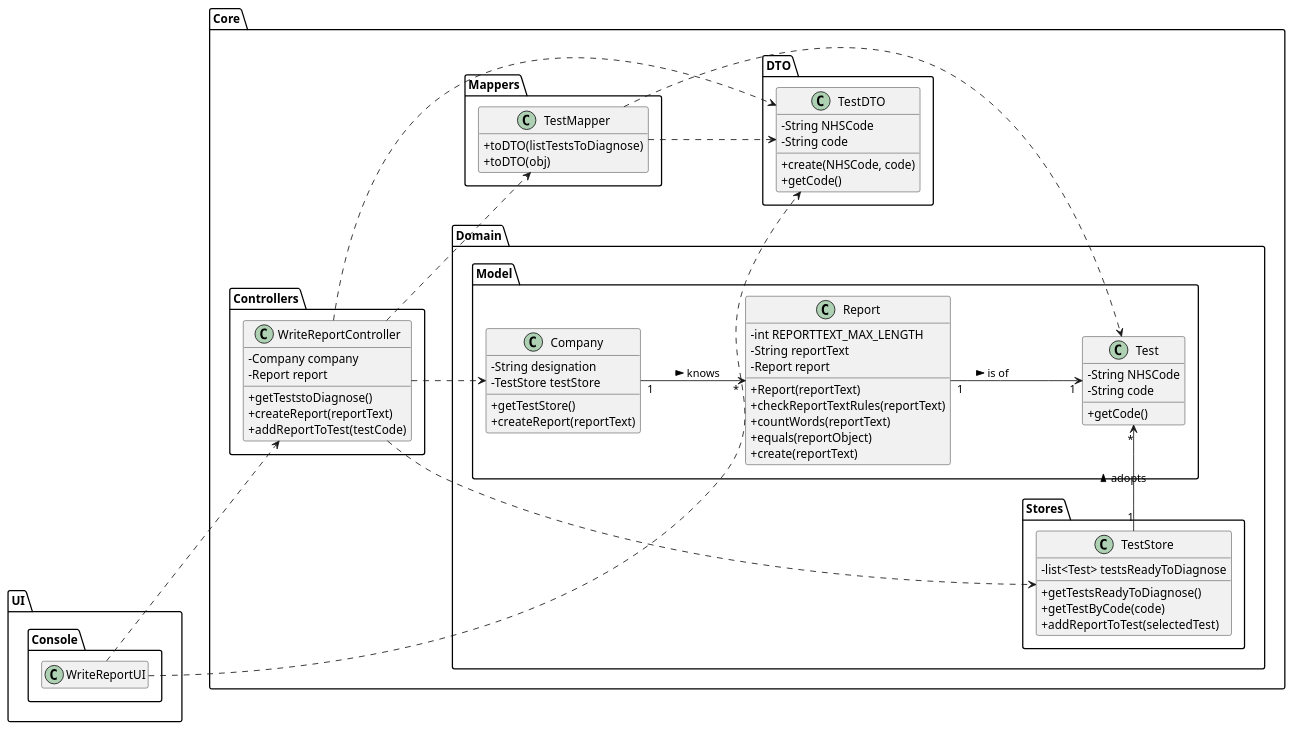
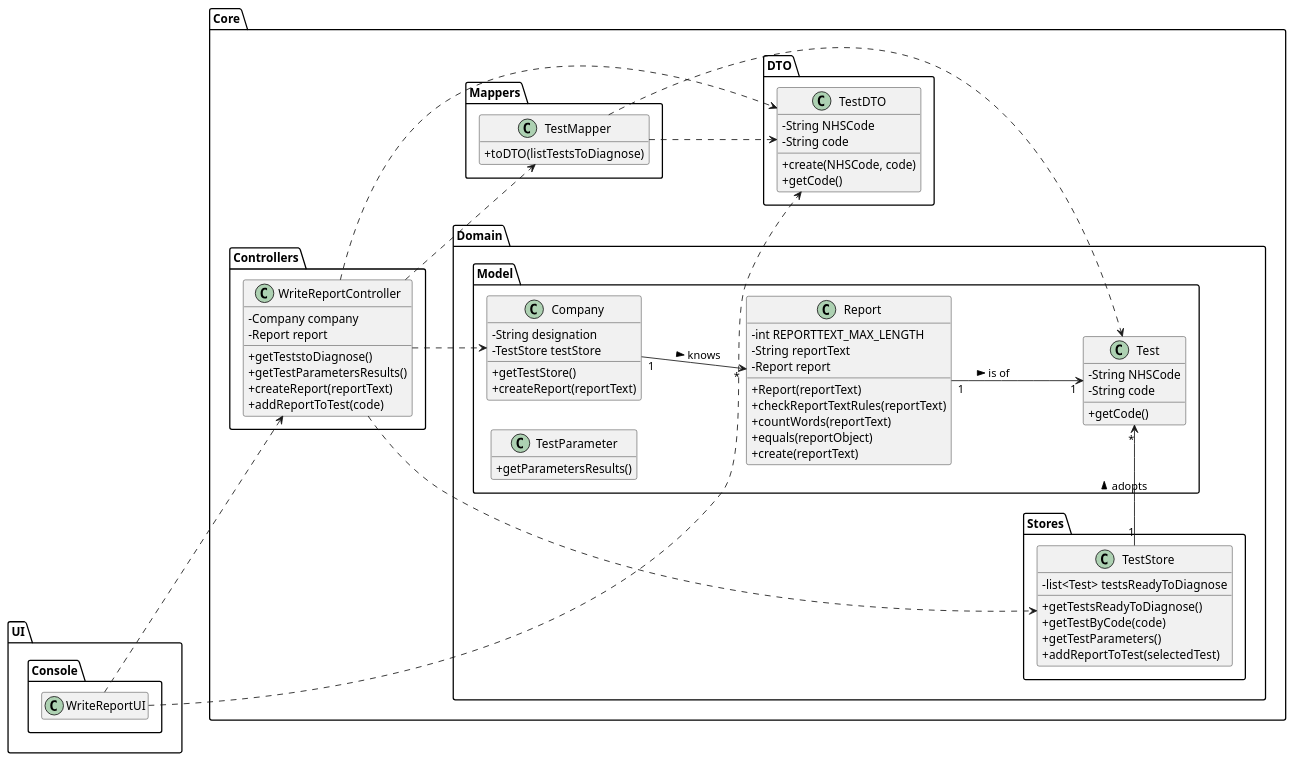
Before and after one commit to ana-albergaria/LAPR2-ISEP: the diagram in docs/SprintC/US_14/US14_CD.puml, drawn with PlantUML. The commit also changed 1 other file, not shown here.

```diff
--- a/docs/SprintC/US_14/US14_CD.puml
+++ b/docs/SprintC/US_14/US14_CD.puml
@@ -1,109 +1,114 @@
 @startuml
 hide empty methods
 hide empty attributes
 left to right direction
 skinparam classAttributeIconSize 0
 
 package Core {
 
 package Domain {
 
 package Model {
 
 class Company {
     -String designation
     -TestStore testStore
     +getTestStore()
     +createReport(reportText)
 }
 
 class Report {
     - int REPORTTEXT_MAX_LENGTH
     - String reportText
     - Report report
     + Report(reportText)
     + checkReportTextRules(reportText)
     + countWords(reportText)
     + equals(reportObject)
     + create(reportText)
 }
 
 class Test {
     -String NHSCode
     -String code
     +getCode()
 }
 
+class TestParameter {
+    +getParametersResults()
+}
+
 }
 
 package Stores {
 
 class TestStore {
     -list<Test> testsReadyToDiagnose
     +getTestsReadyToDiagnose()
     +getTestByCode(code)
+    +getTestParameters()
     +addReportToTest(selectedTest)
 }
 
 }
 
 }
 
 package Mappers {
 
 class TestMapper {
     +toDTO(listTestsToDiagnose)
-    +toDTO(obj)
 }
 
 }
 
 package DTO {
 
 class TestDTO {
     -String NHSCode
     -String code
     +create(NHSCode, code)
     +getCode()
 }
 
 }
 
 package Controllers {
 
 class WriteReportController {
     -Company company
     -Report report
     +getTeststoDiagnose()
+    +getTestParametersResults()
     +createReport(reportText)
-    +addReportToTest(testCode)
+    +addReportToTest(code)
 }
 
 }
 
 }
 
 package UI {
 
 package Console {
 
 class WriteReportUI {
 }
 
 }
 
 }
 
 WriteReportUI ..> WriteReportController
 WriteReportUI ..> TestDTO
 WriteReportController ..> TestMapper
 WriteReportController ..> Company
 WriteReportController ..> TestStore
 WriteReportController ..> TestDTO
 TestStore "1" -> "*" Test : adopts >
 Company "1" --> "*" Report : knows >
 Report "1" --> "1" Test : is of >
 TestMapper ..> Test
 TestMapper ..> TestDTO
 
 @enduml
```
